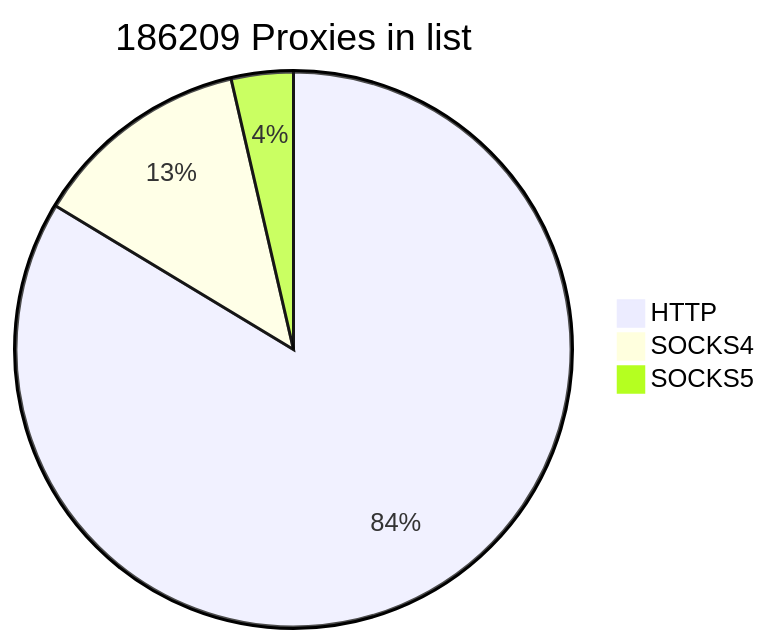
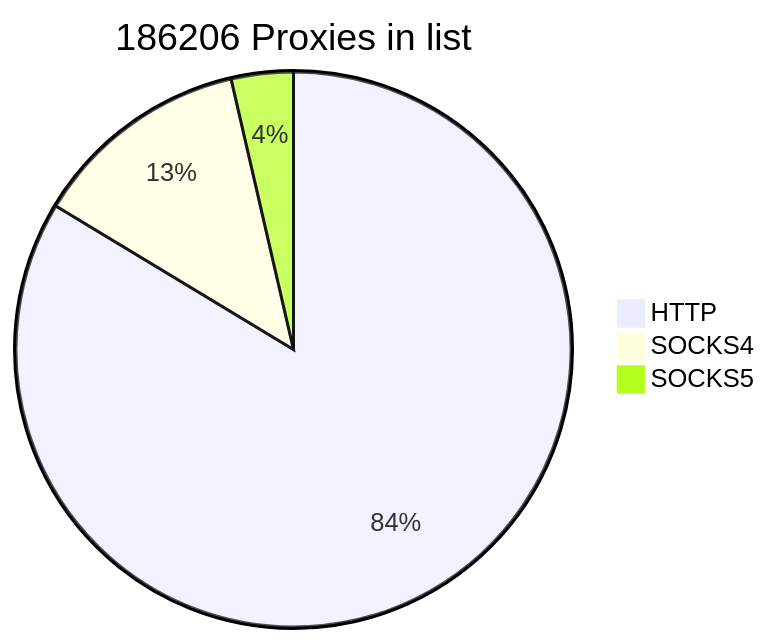
One commit to cutipu/proxylist changed the first of 2 diagrams in README.md. Above: the diagram before and after it, drawn with Mermaid. The commit also changed other lines of this file, not shown here.

````diff
--- a/README.md
+++ b/README.md
@@ -2,7 +2,7 @@
 ```mermaid
-pie title 186209 Proxies in list
-    "HTTP" : 155762
+pie title 186206 Proxies in list
+    "HTTP" : 155759
     "SOCKS4" : 23730
     "SOCKS5" : 6717
             
 ```
````
